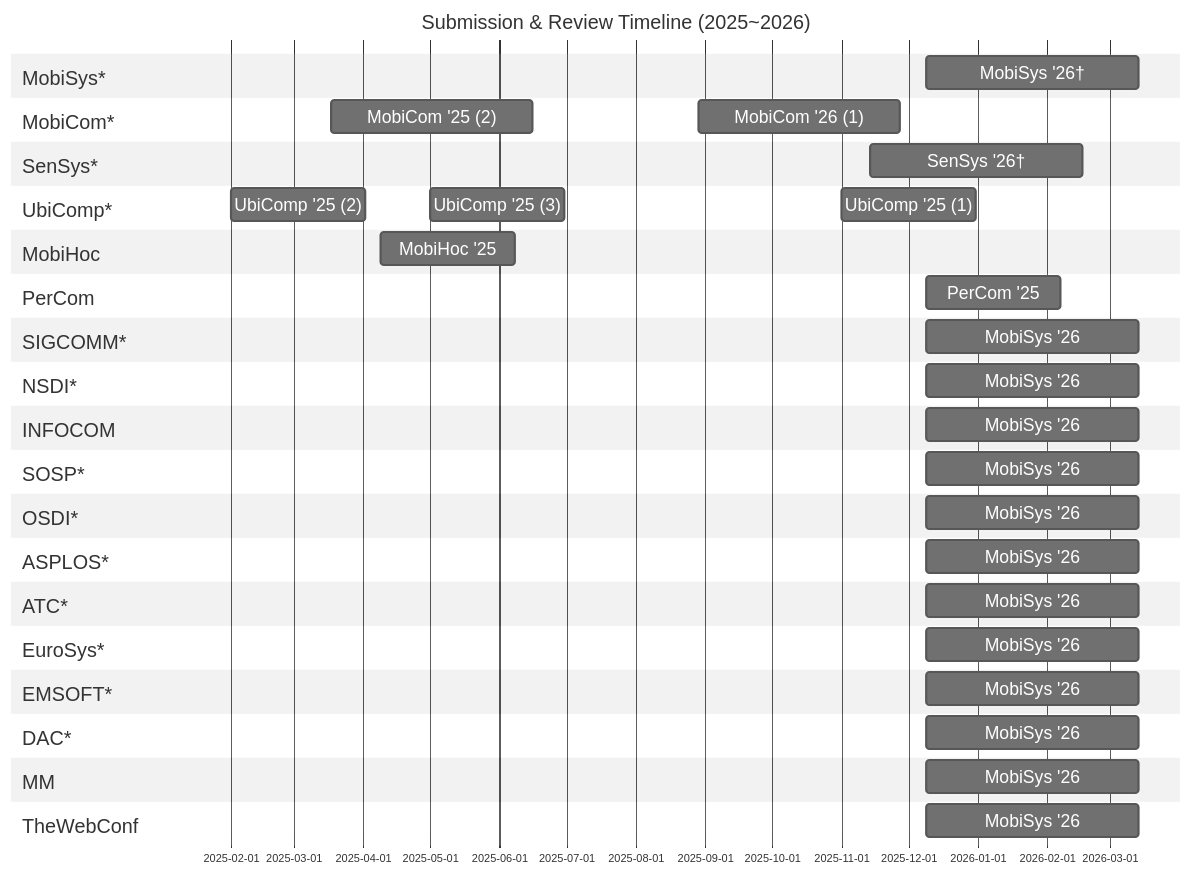
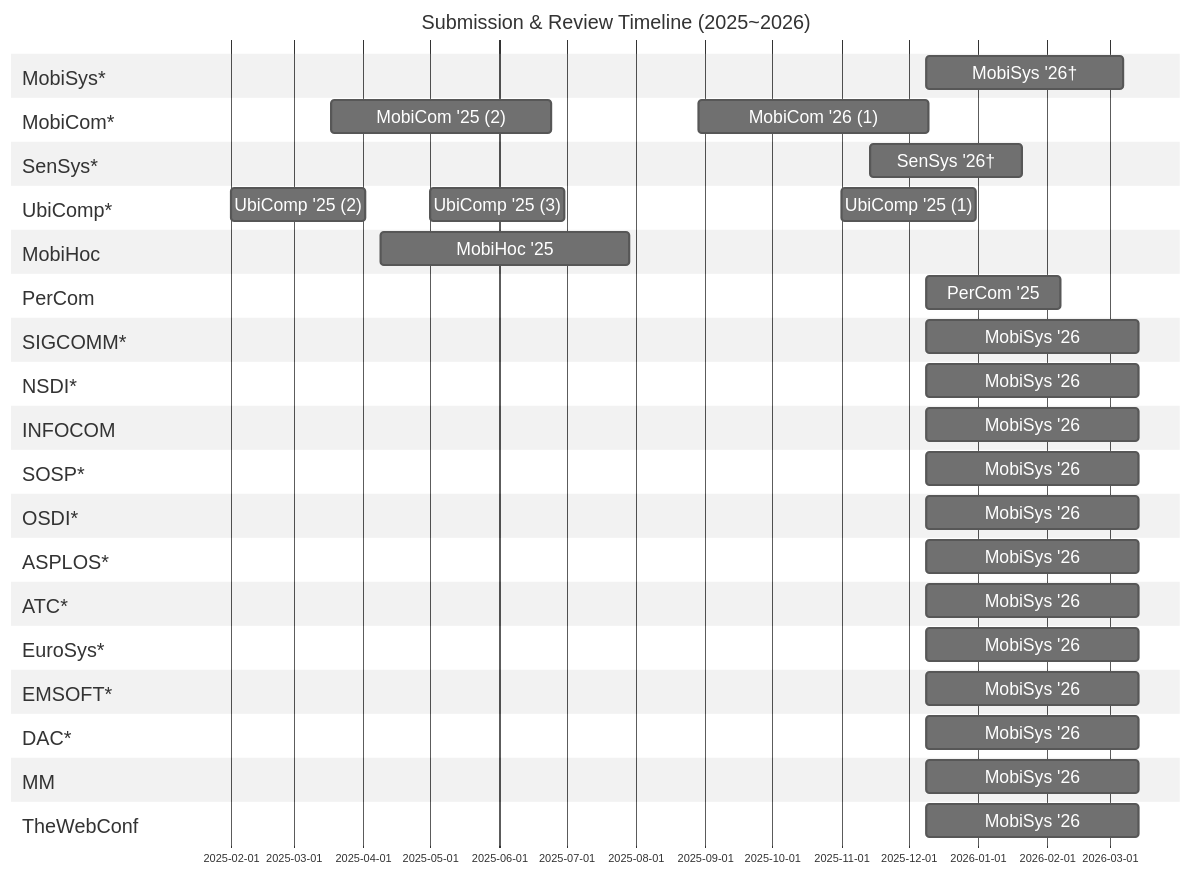
The diagram in README.md (iamseonghoon/Mobile-Systems-Conference-Timelines), drawn with Mermaid before and after one commit.

```diff
--- a/README.md
+++ b/README.md
@@ -26,14 +26,14 @@
     %% Mobile
     %% --------------------------
     section MobiSys*
-    MobiSys '26† :mobisys-review, 2025-12-09, 95d
+    MobiSys '26† :mobisys-review, 2025-12-09, 88d
     
     section MobiCom*
-    MobiCom '25 (2) :mobicom-review2, 2025-03-18, 90d
-    MobiCom '26 (1) :mobicom-review1, 2025-08-29, 90d
+    MobiCom '25 (2) :mobicom-review2, 2025-03-18, 98d
+    MobiCom '26 (1) :mobicom-review1, 2025-08-29, 103d
 
     section SenSys*
-    SenSys '26† :sensys-review, 2025-11-14, 95d
+    SenSys '26† :sensys-review, 2025-11-14, 68d
 
     section UbiComp*
     UbiComp '25 (2) :ubicomp-review3, 2025-02-01, 60d
@@ -41,7 +41,7 @@
     UbiComp '25 (1) :ubicomp-review1, 2025-11-01, 60d
 
     section MobiHoc
-    MobiHoc '25 :mobihoc-review, 2025-04-09, 60d
+    MobiHoc '25 :mobihoc-review, 2025-04-09, 111d
 
     section PerCom
     PerCom '25 :percom-review, 2025-12-09, 60d
```
